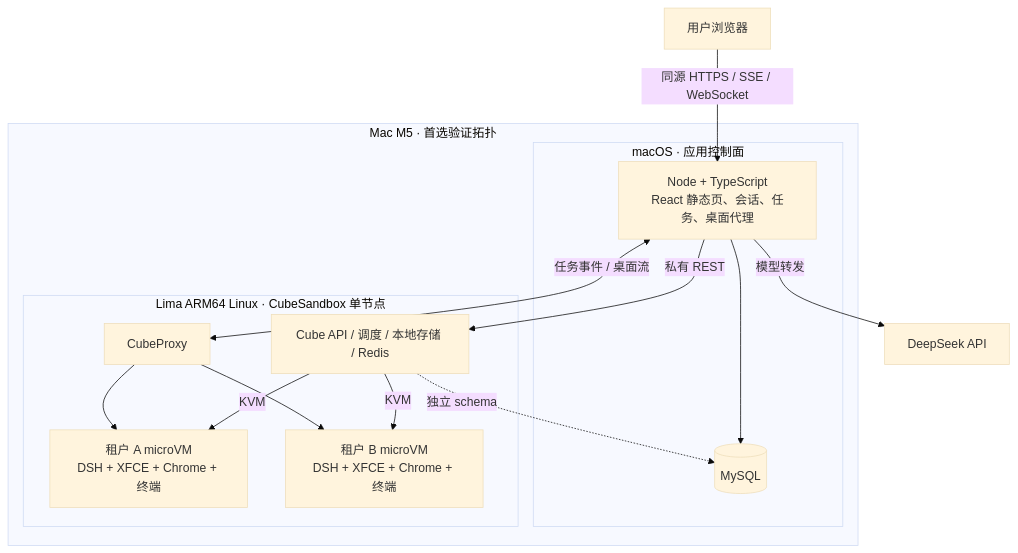
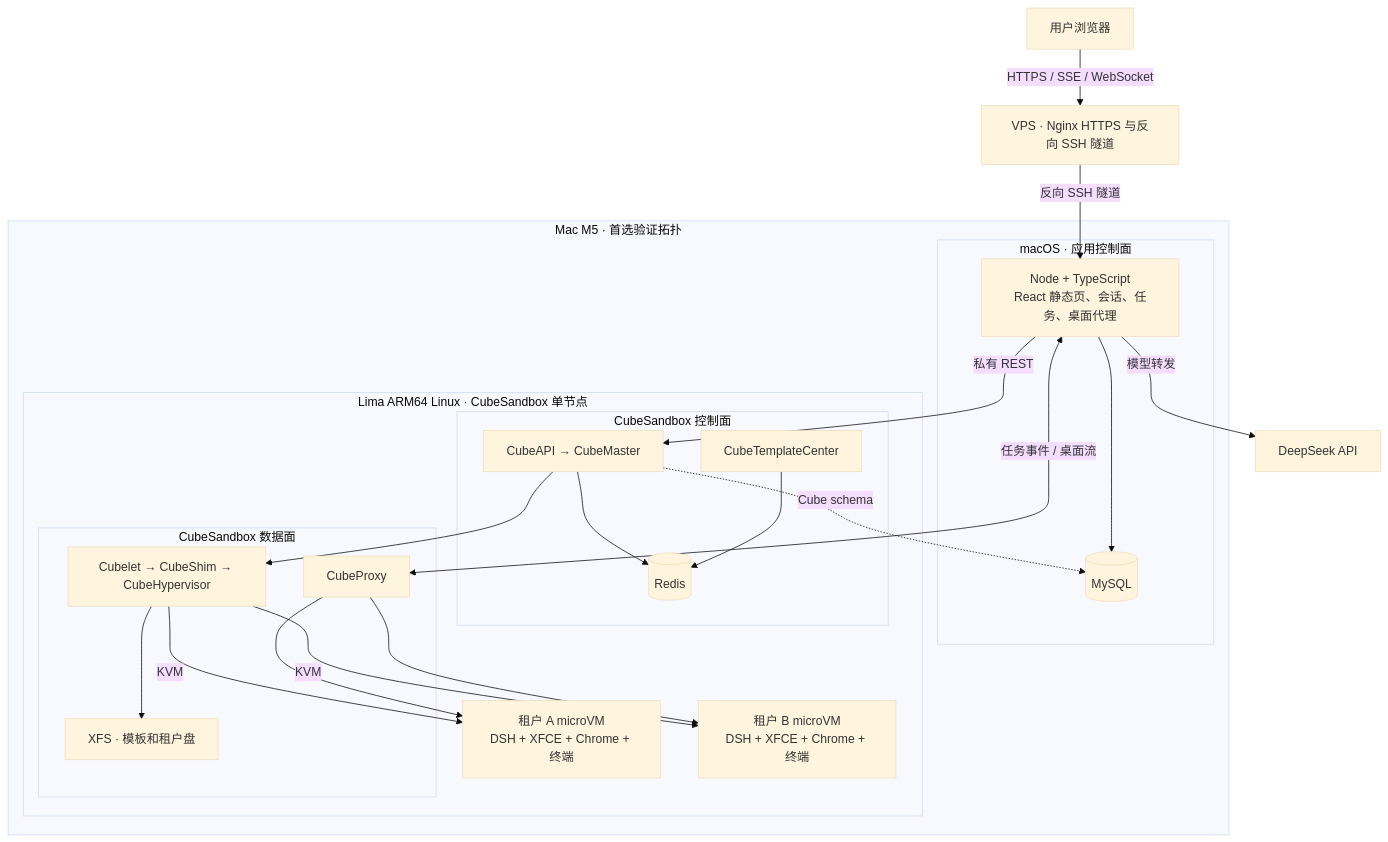
One commit to cokepoppy/coke-super-agent changed the diagram in docs/technical-plan.md. Above: the diagram before and after it, drawn with Mermaid (base theme). The commit also changed other lines of this file and 5 other files, not shown here.

Commit message:
feat: verify nested KVM for CubeSandbox on Mac

````diff
--- a/docs/technical-plan.md
+++ b/docs/technical-plan.md
@@ -38,26 +38,40 @@
 ```mermaid
 flowchart TB
     User[用户浏览器]
+    VPS["VPS · Nginx HTTPS 与反向 SSH 隧道"]
     subgraph Host["Mac M5 · 首选验证拓扑"]
         subgraph Mac["macOS · 应用控制面"]
             App["Node + TypeScript<br/>React 静态页、会话、任务、桌面代理"]
             SQL[(MySQL)]
             App --> SQL
         end
         subgraph Linux["Lima ARM64 Linux · CubeSandbox 单节点"]
-            Cube["Cube API / 调度 / 本地存储 / Redis"]
-            Proxy[CubeProxy]
+            subgraph Control["CubeSandbox 控制面"]
+                Cube["CubeAPI → CubeMaster"]
+                Template[CubeTemplateCenter]
+                Redis[(Redis)]
+                Cube --> Redis
+                Template --> Redis
+            end
+            subgraph Data["CubeSandbox 数据面"]
+                Compute["Cubelet → CubeShim → CubeHypervisor"]
+                Proxy[CubeProxy]
+                Disk["XFS · 模板和租户盘"]
+                Compute --> Disk
+            end
             A["租户 A microVM<br/>DSH + XFCE + Chrome + 终端"]
             B["租户 B microVM<br/>DSH + XFCE + Chrome + 终端"]
-            Cube -->|KVM| A
-            Cube -->|KVM| B
+            Cube --> Compute
+            Compute -->|KVM| A
+            Compute -->|KVM| B
             Proxy --> A
             Proxy --> B
         end
     end
-    User -->|同源 HTTPS / SSE / WebSocket| App
+    User -->|HTTPS / SSE / WebSocket| VPS
+    VPS -->|反向 SSH 隧道| App
     App -->|私有 REST| Cube
     App <-->|任务事件 / 桌面流| Proxy
-    Cube -.->|独立 schema| SQL
+    Cube -.->|Cube schema| SQL
     App -->|模型转发| Model[DeepSeek API]
 ```
````
